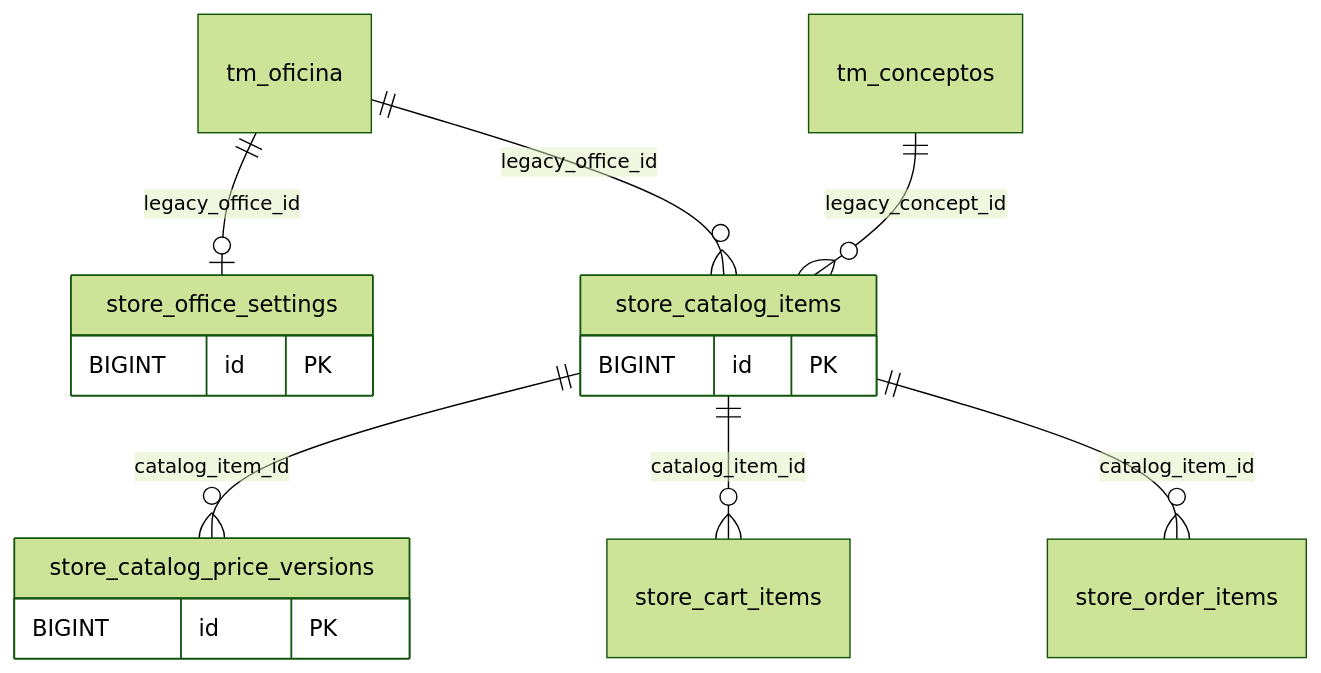
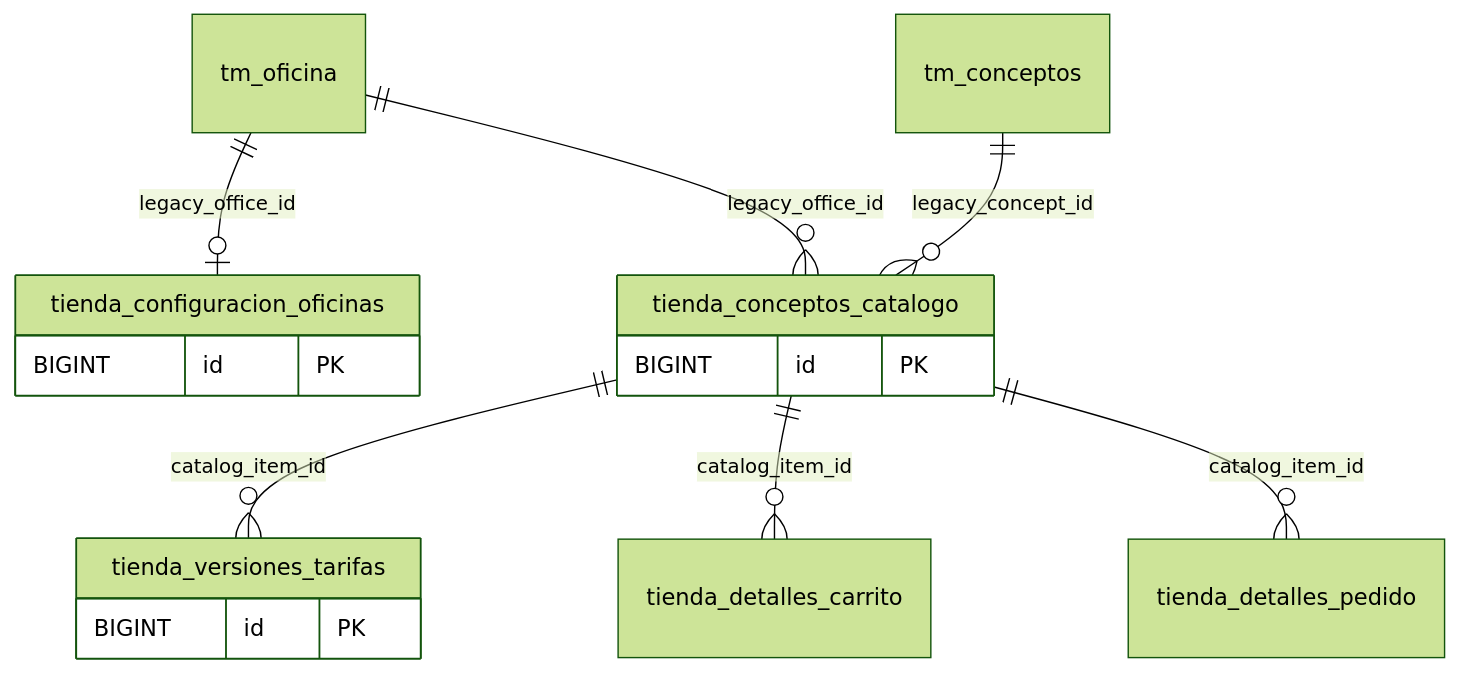
Before and after one commit to JIMMY1012102/UNDC-Pagos-Posgrado: the diagram in docs/modelo-datos/02_CATALOGO.md, drawn with Mermaid (forest theme). The commit also changed 38 other files, not shown here.

````diff
--- a/docs/modelo-datos/02_CATALOGO.md
+++ b/docs/modelo-datos/02_CATALOGO.md
@@ -5,18 +5,18 @@
 ```mermaid
 erDiagram
-  store_office_settings {
+  tienda_configuracion_oficinas {
     BIGINT id PK
   }
-  store_catalog_items {
+  tienda_conceptos_catalogo {
     BIGINT id PK
   }
-  store_catalog_price_versions {
+  tienda_versiones_tarifas {
     BIGINT id PK
   }
-  tm_oficina ||--o| store_office_settings : "legacy_office_id"
-  tm_oficina ||--o{ store_catalog_items : "legacy_office_id"
-  tm_conceptos ||--o{ store_catalog_items : "legacy_concept_id"
-  store_catalog_items ||--o{ store_catalog_price_versions : "catalog_item_id"
-  store_catalog_items ||--o{ store_cart_items : "catalog_item_id"
-  store_catalog_items ||--o{ store_order_items : "catalog_item_id"
+  tm_oficina ||--o| tienda_configuracion_oficinas : "legacy_office_id"
+  tm_oficina ||--o{ tienda_conceptos_catalogo : "legacy_office_id"
+  tm_conceptos ||--o{ tienda_conceptos_catalogo : "legacy_concept_id"
+  tienda_conceptos_catalogo ||--o{ tienda_versiones_tarifas : "catalog_item_id"
+  tienda_conceptos_catalogo ||--o{ tienda_detalles_carrito : "catalog_item_id"
+  tienda_conceptos_catalogo ||--o{ tienda_detalles_pedido : "catalog_item_id"
 ```
````
